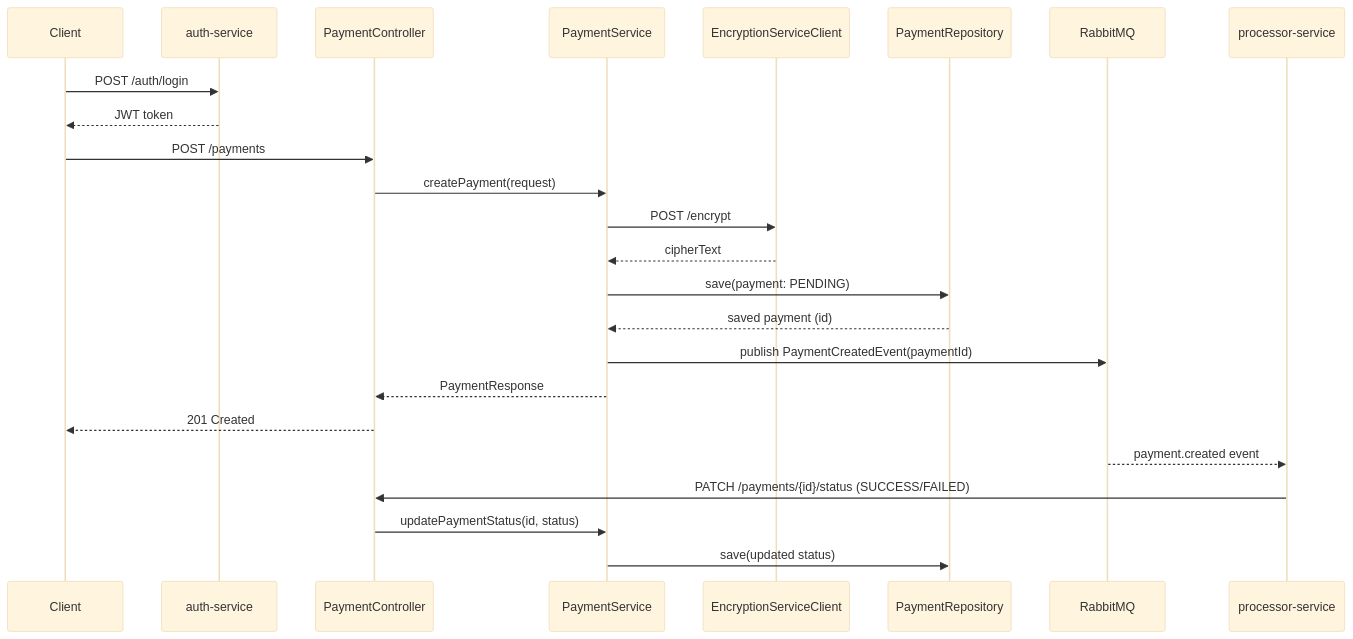
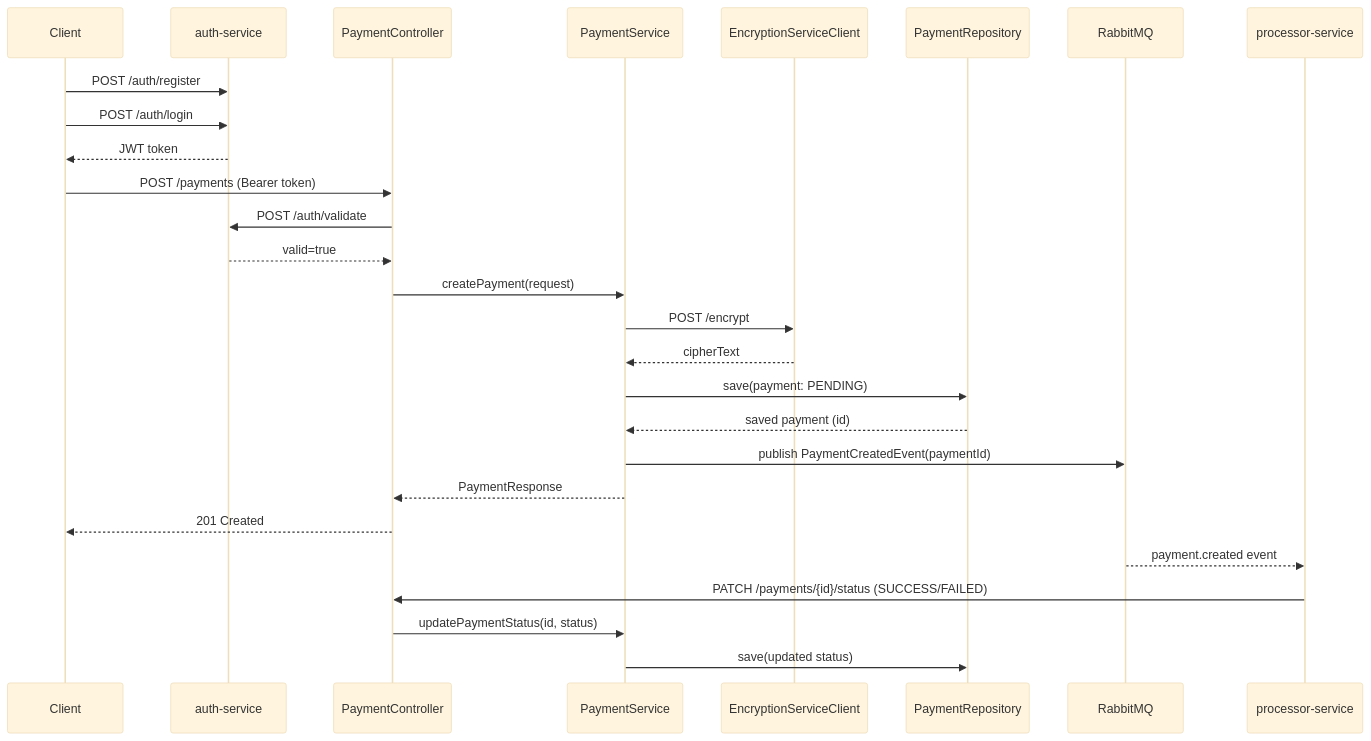
The second of 2 diagrams in payment-service/README.md (riditalove/payment-service), drawn with Mermaid (base theme) before and after one commit. The commit also changed other lines of this file and 8 other files, not shown here.

````diff
--- a/payment-service/README.md
+++ b/payment-service/README.md
@@ -178,28 +179,31 @@
 ```mermaid
 sequenceDiagram
     participant Client
     participant Auth as auth-service
     participant Controller as PaymentController
     participant Service as PaymentService
     participant Encrypt as EncryptionServiceClient
     participant Repo as PaymentRepository
     participant Rabbit as RabbitMQ
     participant Processor as processor-service
 
+    Client->>Auth: POST /auth/register
     Client->>Auth: POST /auth/login
     Auth-->>Client: JWT token
-    Client->>Controller: POST /payments
+    Client->>Controller: POST /payments (Bearer token)
+    Controller->>Auth: POST /auth/validate
+    Auth-->>Controller: valid=true
     Controller->>Service: createPayment(request)
     Service->>Encrypt: POST /encrypt
     Encrypt-->>Service: cipherText
     Service->>Repo: save(payment: PENDING)
     Repo-->>Service: saved payment (id)
     Service->>Rabbit: publish PaymentCreatedEvent(paymentId)
     Service-->>Controller: PaymentResponse
     Controller-->>Client: 201 Created
 
     Rabbit-->>Processor: payment.created event
     Processor->>Controller: PATCH /payments/{id}/status (SUCCESS/FAILED)
     Controller->>Service: updatePaymentStatus(id, status)
     Service->>Repo: save(updated status)
 ```
````
